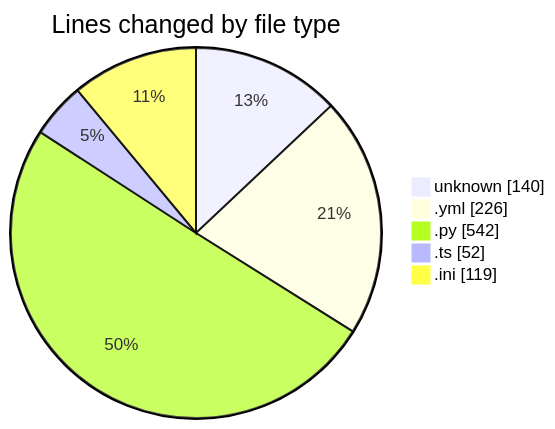
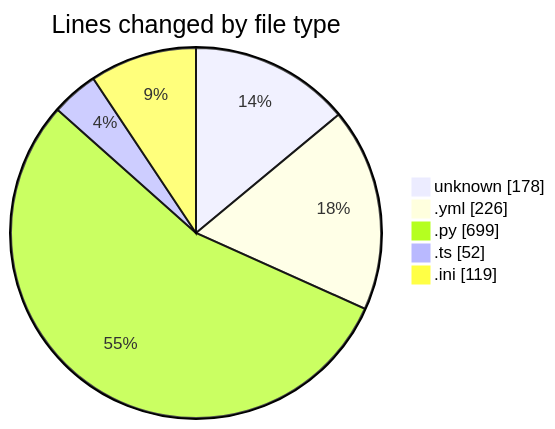
Before and after one commit to Elitesun/code-tracking: the first of 2 diagrams in 2025-05-13/niten/README.md, drawn with Mermaid. The commit also changed other lines of this file and 1 other file, not shown here.

````diff
--- a/2025-05-13/niten/README.md
+++ b/2025-05-13/niten/README.md
@@ -31,9 +31,9 @@
 ```mermaid
 pie showData
 title Lines changed by file type
-"unknown" : 140
+"unknown" : 178
 ".yml" : 226
-".py" : 542
+".py" : 699
 ".ts" : 52
 ".ini" : 119
 ```
````
